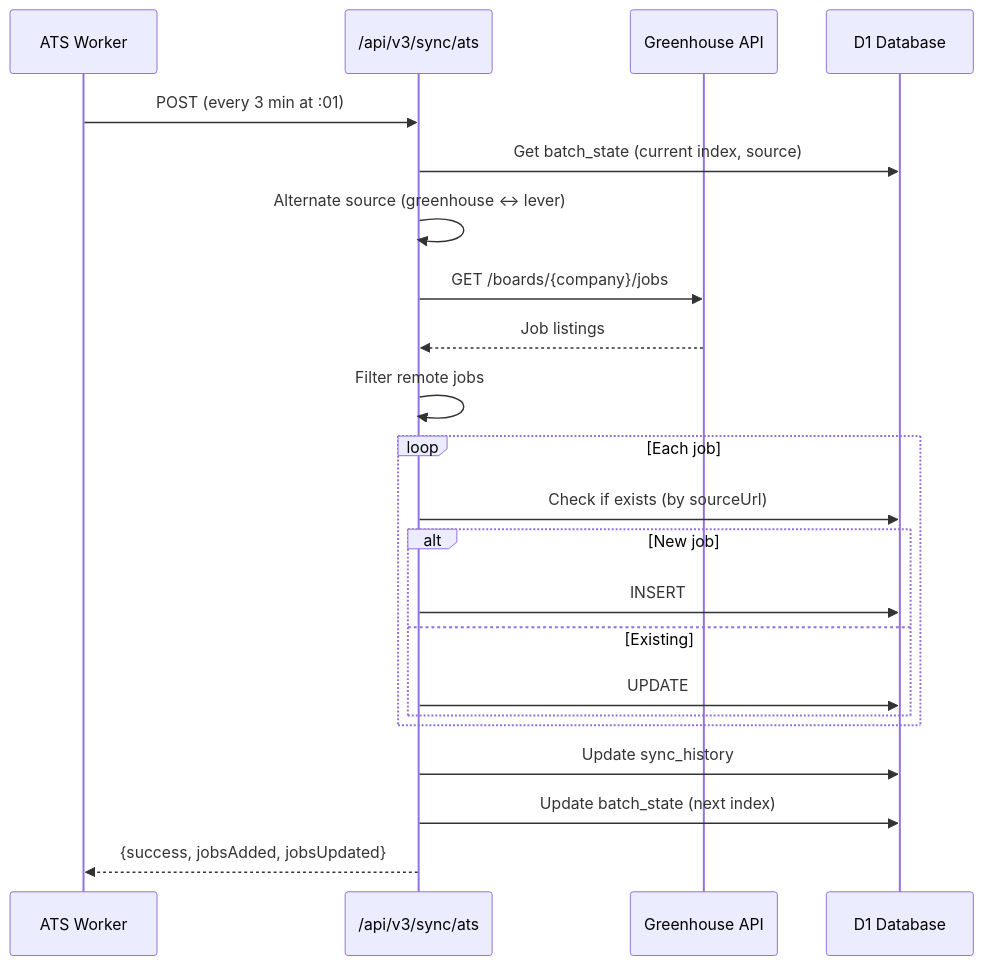
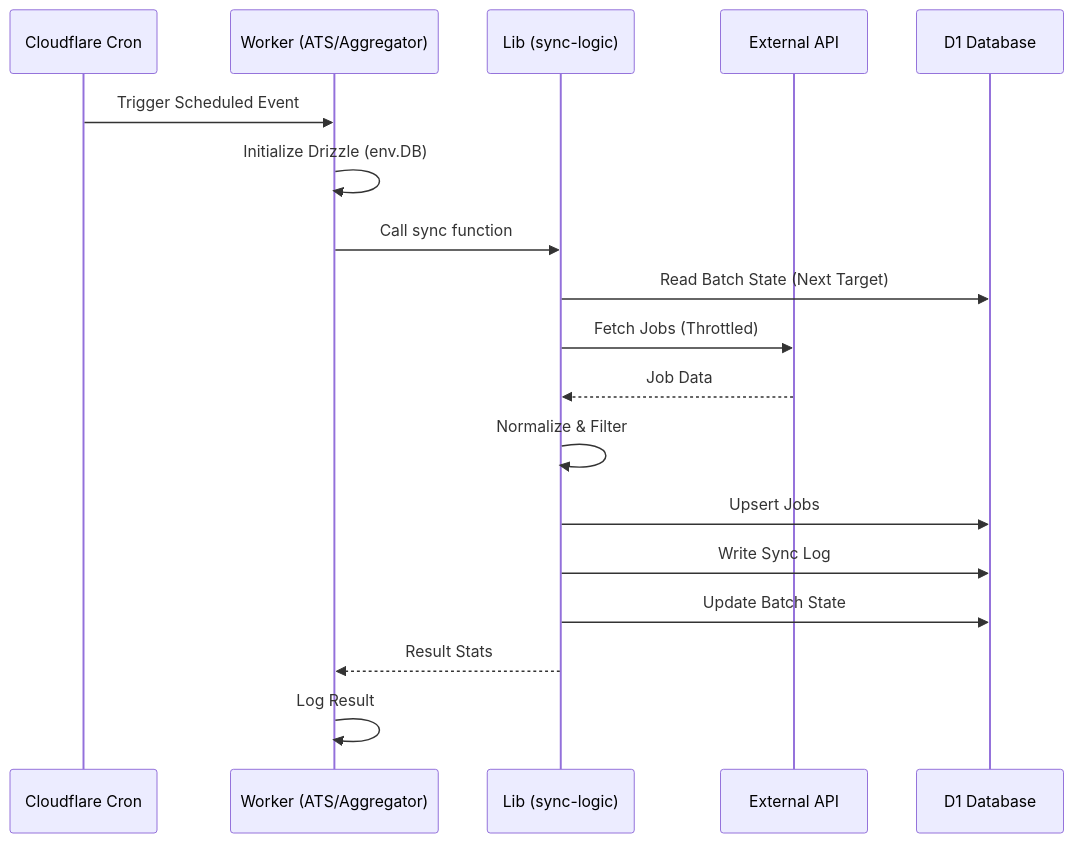
The second of 2 diagrams in docs/jobs-sync/README.md (rogerleecormier/spearyx), drawn with Mermaid before and after one commit. The commit also changed other lines of this file and 31 other files, not shown here.

Commit message:
feat: add Jobicy, RemoteOK, and Himalayas job sources with dedicated sync workers, API routes, and UI integration.

````diff
--- a/docs/jobs-sync/README.md
+++ b/docs/jobs-sync/README.md
@@ -322,25 +209,21 @@
 ```mermaid
 sequenceDiagram
-    participant W as ATS Worker
-    participant API as /api/v3/sync/ats
-    participant GH as Greenhouse API
+    participant Cron as Cloudflare Cron
+    participant W as Worker (ATS/Aggregator)
+    participant L as Lib (sync-logic)
+    participant Ext as External API
     participant DB as D1 Database
     
-    W->>API: POST (every 3 min at :01)
-    API->>DB: Get batch_state (current index, source)
-    API->>API: Alternate source (greenhouse <-> lever)
-    API->>GH: GET /boards/{company}/jobs
-    GH-->>API: Job listings
-    API->>API: Filter remote jobs
-    loop Each job
-        API->>DB: Check if exists (by sourceUrl)
-        alt New job
-            API->>DB: INSERT
-        else Existing
-            API->>DB: UPDATE
-        end
-    end
-    API->>DB: Update sync_history
-    API->>DB: Update batch_state (next index)
-    API-->>W: {success, jobsAdded, jobsUpdated}
+    Cron->>W: Trigger Scheduled Event
+    W->>W: Initialize Drizzle (env.DB)
+    W->>L: Call sync function
+    L->>DB: Read Batch State (Next Target)
+    L->>Ext: Fetch Jobs (Throttled)
+    Ext-->>L: Job Data
+    L->>L: Normalize & Filter
+    L->>DB: Upsert Jobs
+    L->>DB: Write Sync Log
+    L->>DB: Update Batch State
+    L-->>W: Result Stats
+    W->>W: Log Result
 ```
````
